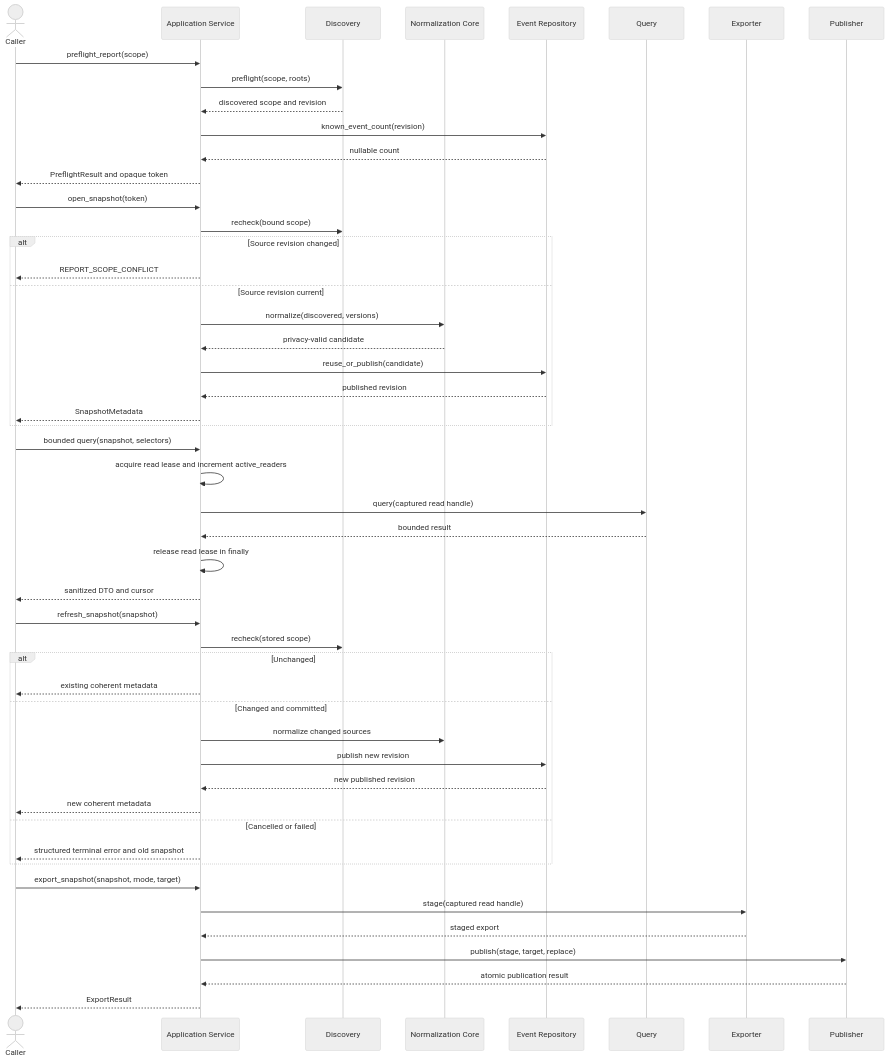
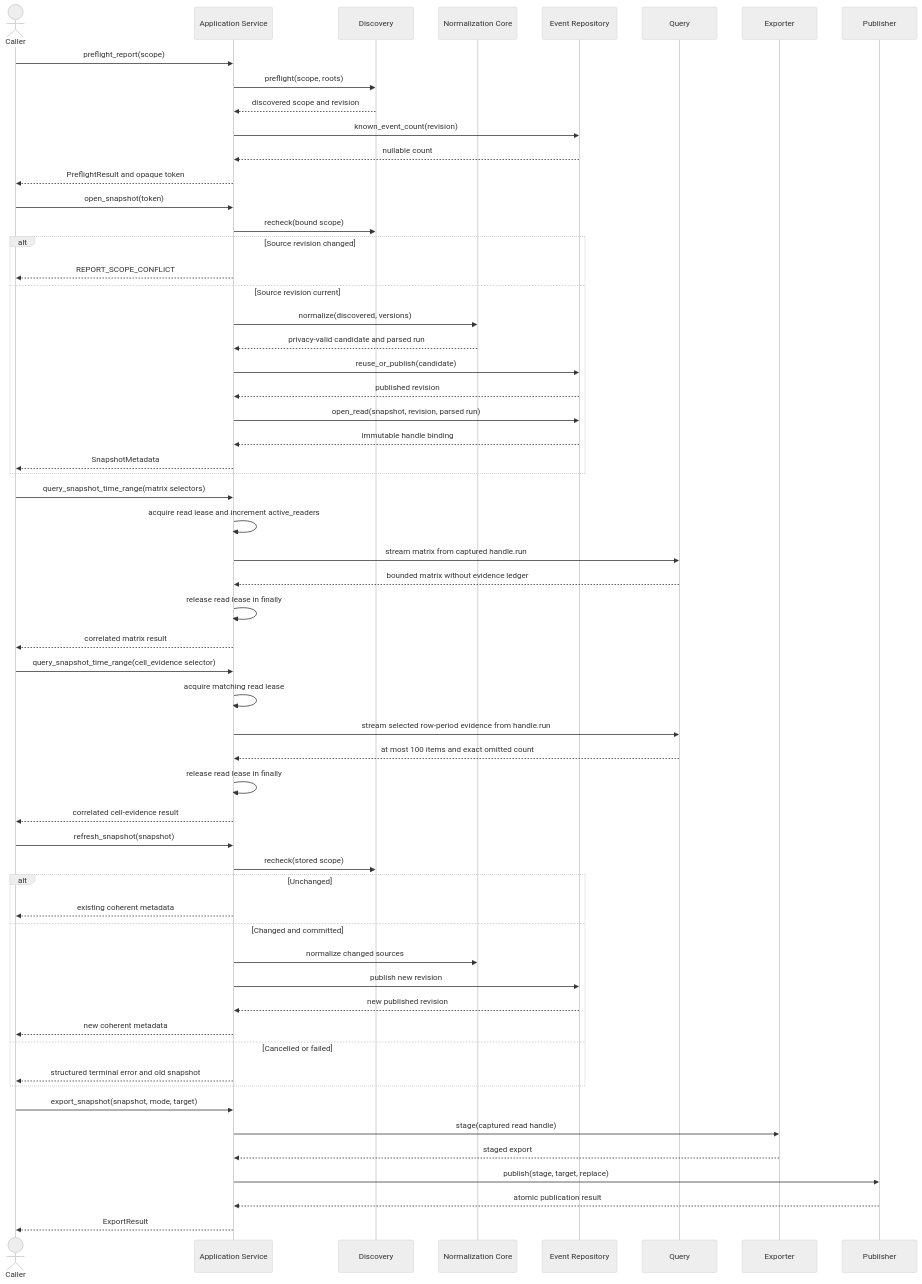
One commit to martinbechard/agent-runner changed the second of 5 diagrams in docs/design/components/CD-002-agent-report-application-service.md. Above: the diagram before and after it, drawn with Mermaid (neutral theme). The commit also changed other lines of this file and 1 other file, not shown here.

Commit message:
docs(report): define heatmap service cache contract

````diff
--- a/docs/design/components/CD-002-agent-report-application-service.md
+++ b/docs/design/components/CD-002-agent-report-application-service.md
@@ -1290,52 +1431,60 @@
 ```mermaid
 sequenceDiagram
   actor Caller
   participant Service as Application Service
   participant Discovery
   participant Core as Normalization Core
   participant Repo as Event Repository
   participant Query
   participant Exporter
   participant Publisher
   Caller->>Service: preflight_report(scope)
   Service->>Discovery: preflight(scope, roots)
   Discovery-->>Service: discovered scope and revision
   Service->>Repo: known_event_count(revision)
   Repo-->>Service: nullable count
   Service-->>Caller: PreflightResult and opaque token
   Caller->>Service: open_snapshot(token)
   Service->>Discovery: recheck(bound scope)
   alt Source revision changed
     Service-->>Caller: REPORT_SCOPE_CONFLICT
   else Source revision current
     Service->>Core: normalize(discovered, versions)
-    Core-->>Service: privacy-valid candidate
+    Core-->>Service: privacy-valid candidate and parsed run
     Service->>Repo: reuse_or_publish(candidate)
     Repo-->>Service: published revision
+    Service->>Repo: open_read(snapshot, revision, parsed run)
+    Repo-->>Service: immutable handle binding
     Service-->>Caller: SnapshotMetadata
   end
-  Caller->>Service: bounded query(snapshot, selectors)
+  Caller->>Service: query_snapshot_time_range(matrix selectors)
   Service->>Service: acquire read lease and increment active_readers
-  Service->>Query: query(captured read handle)
-  Query-->>Service: bounded result
+  Service->>Query: stream matrix from captured handle.run
+  Query-->>Service: bounded matrix without evidence ledger
   Service->>Service: release read lease in finally
-  Service-->>Caller: sanitized DTO and cursor
+  Service-->>Caller: correlated matrix result
+  Caller->>Service: query_snapshot_time_range(cell_evidence selector)
+  Service->>Service: acquire matching read lease
+  Service->>Query: stream selected row-period evidence from handle.run
+  Query-->>Service: at most 100 items and exact omitted count
+  Service->>Service: release read lease in finally
+  Service-->>Caller: correlated cell-evidence result
   Caller->>Service: refresh_snapshot(snapshot)
   Service->>Discovery: recheck(stored scope)
   alt Unchanged
     Service-->>Caller: existing coherent metadata
   else Changed and committed
     Service->>Core: normalize changed sources
     Service->>Repo: publish new revision
     Repo-->>Service: new published revision
     Service-->>Caller: new coherent metadata
   else Cancelled or failed
     Service-->>Caller: structured terminal error and old snapshot
   end
   Caller->>Service: export_snapshot(snapshot, mode, target)
   Service->>Exporter: stage(captured read handle)
   Exporter-->>Service: staged export
   Service->>Publisher: publish(stage, target, replace)
   Publisher-->>Service: atomic publication result
   Service-->>Caller: ExportResult
 ```
````
